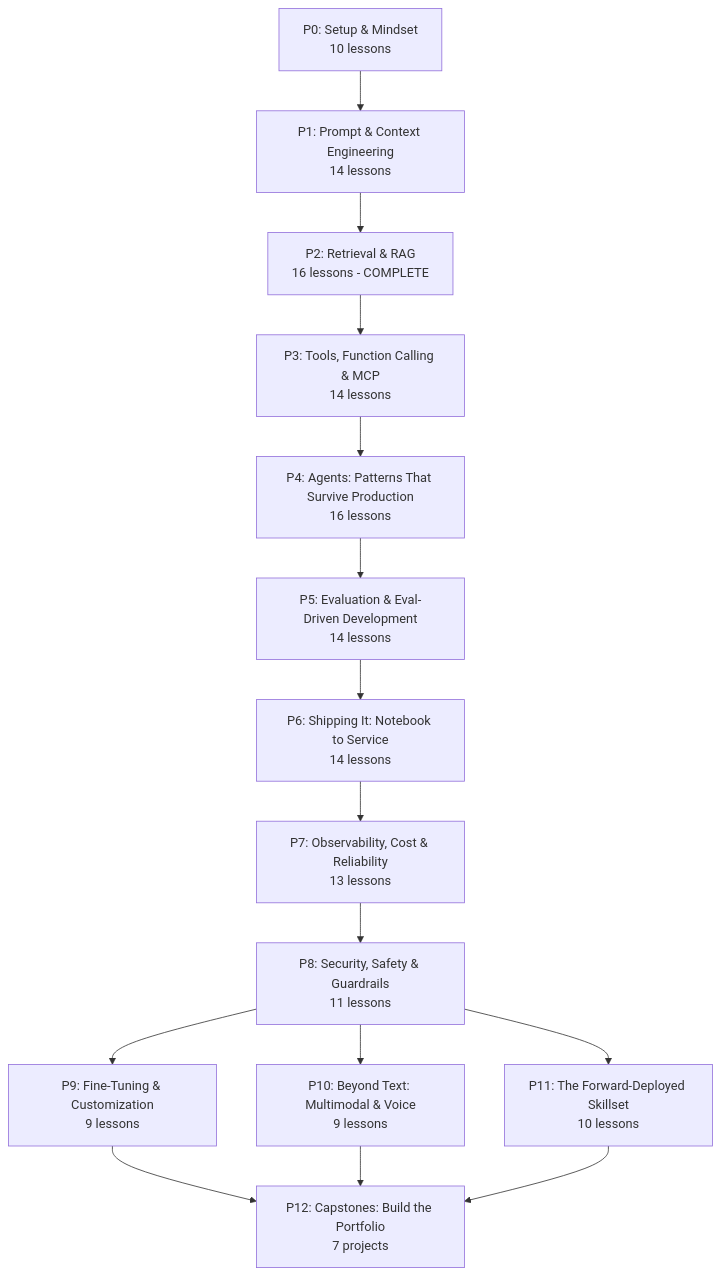
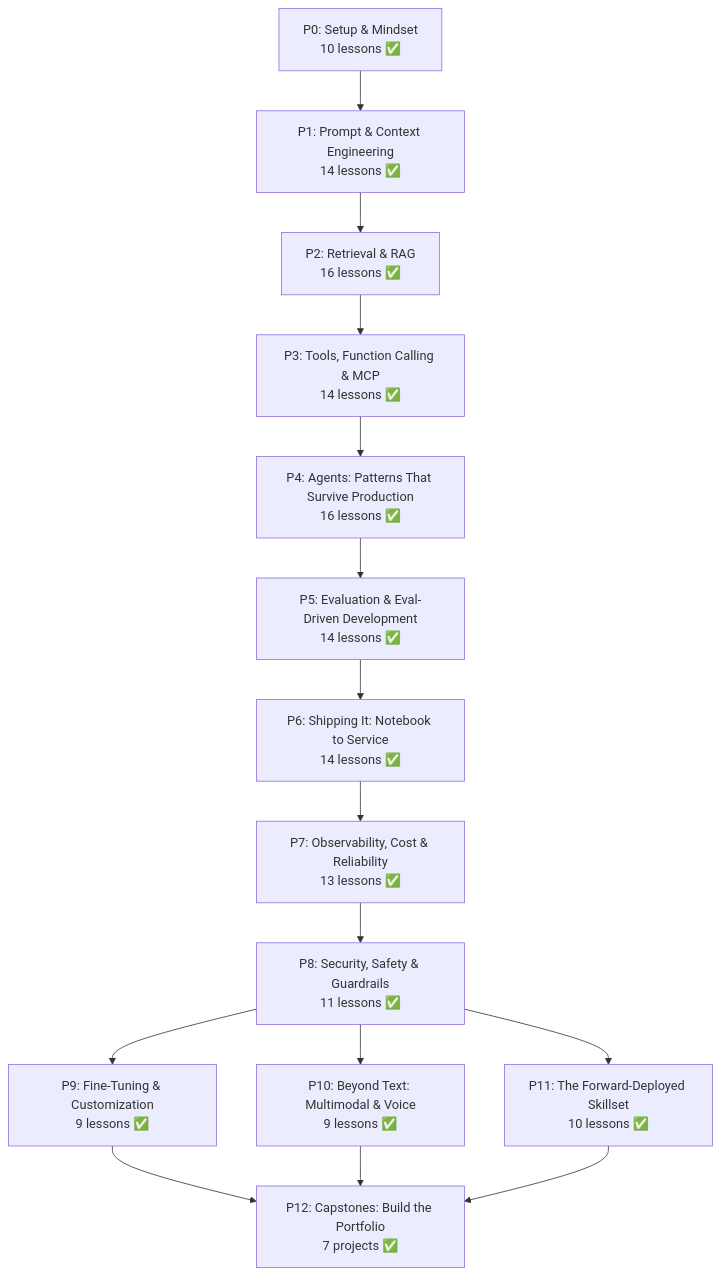
The diagram in README.md (thepandanlabs/applied-ai-from-scratch), drawn with Mermaid before and after one commit. The commit also changed other lines of this file, not shown here.

Commit message:
docs(readme): update to reflect 157/157 lessons complete, all 13 phases done

````diff
--- a/README.md
+++ b/README.md
@@ -45,18 +45,18 @@
 ```mermaid
 flowchart TD
-    P0["P0: Setup & Mindset\n10 lessons"] --> P1
-    P1["P1: Prompt & Context Engineering\n14 lessons"] --> P2
-    P2["P2: Retrieval & RAG\n16 lessons - COMPLETE"] --> P3
-    P3["P3: Tools, Function Calling & MCP\n14 lessons"] --> P4
-    P4["P4: Agents: Patterns That Survive Production\n16 lessons"] --> P5
-    P5["P5: Evaluation & Eval-Driven Development\n14 lessons"] --> P6
-    P6["P6: Shipping It: Notebook to Service\n14 lessons"] --> P7
-    P7["P7: Observability, Cost & Reliability\n13 lessons"] --> P8
-    P8["P8: Security, Safety & Guardrails\n11 lessons"] --> P9
+    P0["P0: Setup & Mindset\n10 lessons ✅"] --> P1
+    P1["P1: Prompt & Context Engineering\n14 lessons ✅"] --> P2
+    P2["P2: Retrieval & RAG\n16 lessons ✅"] --> P3
+    P3["P3: Tools, Function Calling & MCP\n14 lessons ✅"] --> P4
+    P4["P4: Agents: Patterns That Survive Production\n16 lessons ✅"] --> P5
+    P5["P5: Evaluation & Eval-Driven Development\n14 lessons ✅"] --> P6
+    P6["P6: Shipping It: Notebook to Service\n14 lessons ✅"] --> P7
+    P7["P7: Observability, Cost & Reliability\n13 lessons ✅"] --> P8
+    P8["P8: Security, Safety & Guardrails\n11 lessons ✅"] --> P9
     P8 --> P10
     P8 --> P11
-    P9["P9: Fine-Tuning & Customization\n9 lessons"] --> P12
-    P10["P10: Beyond Text: Multimodal & Voice\n9 lessons"] --> P12
-    P11["P11: The Forward-Deployed Skillset\n10 lessons"] --> P12
-    P12["P12: Capstones: Build the Portfolio\n7 projects"]
+    P9["P9: Fine-Tuning & Customization\n9 lessons ✅"] --> P12
+    P10["P10: Beyond Text: Multimodal & Voice\n9 lessons ✅"] --> P12
+    P11["P11: The Forward-Deployed Skillset\n10 lessons ✅"] --> P12
+    P12["P12: Capstones: Build the Portfolio\n7 projects ✅"]
 ```
````
